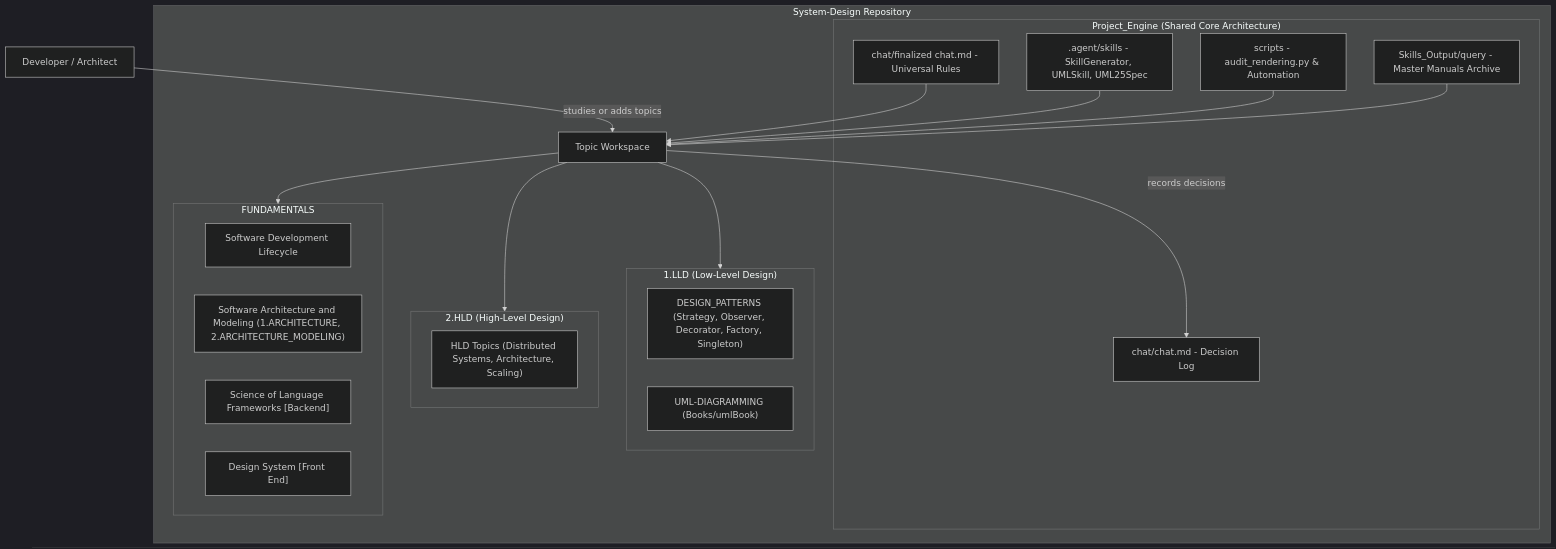
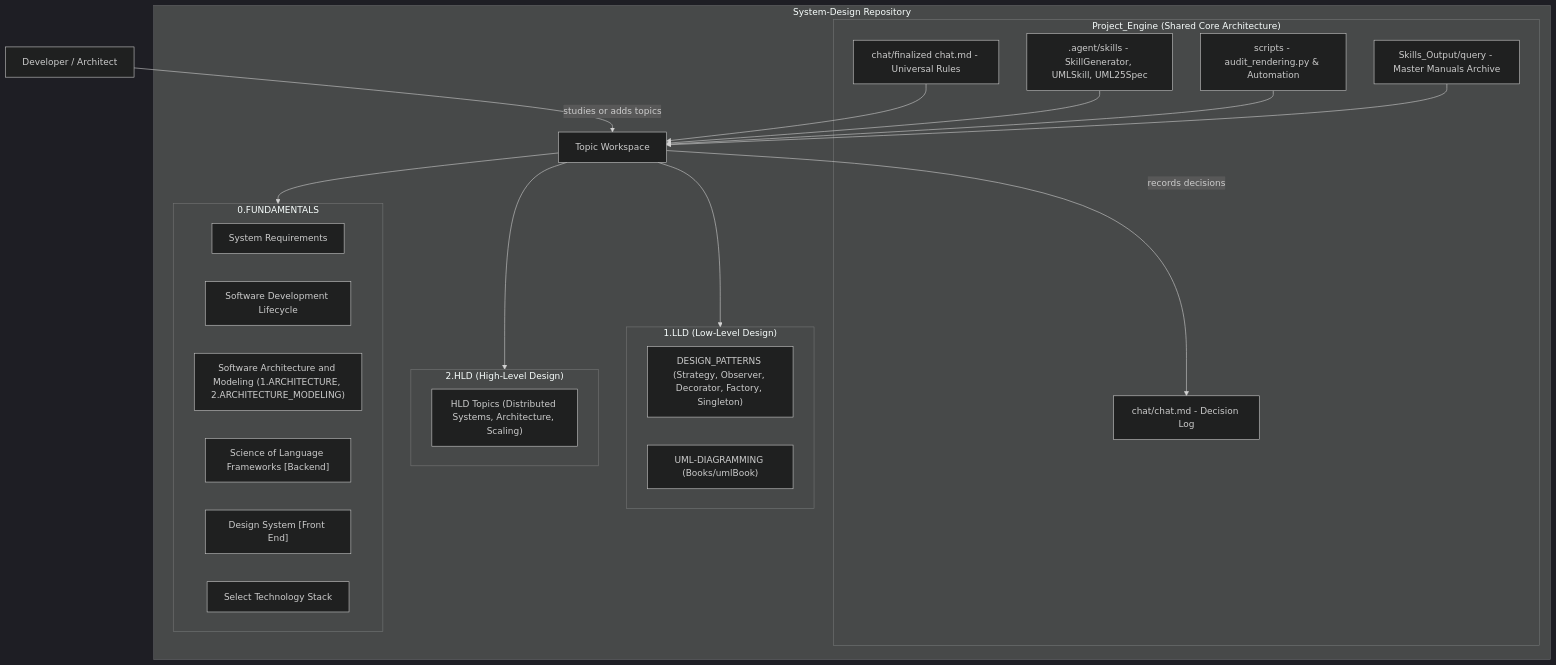
Before and after one commit to AkmKawser/System-Design: the first of 2 diagrams in README.md, drawn with Mermaid (dark theme). The commit also changed other lines of this file and 14 other files, not shown here.

Commit message:
feat: establish 0.FUNDAMENTALS with System Requirements guide and Technology Stack module

````diff
--- a/README.md
+++ b/README.md
@@ -11,35 +11,37 @@
 ```mermaid
 flowchart TD
     USER["Developer / Architect"] -->|"studies or adds topics"| TOPIC
     subgraph REPO["System-Design Repository"]
         subgraph ENGINE["Project_Engine (Shared Core Architecture)"]
             RULES["chat/finalized chat.md - Universal Rules"]
             SKILLS[".agent/skills - SkillGenerator, UMLSkill, UML25Spec"]
             TOOLS["scripts - audit_rendering.py & Automation"]
             OUT["Skills_Output/query - Master Manuals Archive"]
             LOG["chat/chat.md - Decision Log"]
         end
         subgraph LLD["1.LLD (Low-Level Design)"]
             DP["DESIGN_PATTERNS (Strategy, Observer, Decorator, Factory, Singleton)"]
             UD["UML-DIAGRAMMING (Books/umlBook)"]
         end
         subgraph HLD["2.HLD (High-Level Design)"]
             HN["HLD Topics (Distributed Systems, Architecture, Scaling)"]
         end
-        subgraph FUND["FUNDAMENTALS"]
+        subgraph FUND["0.FUNDAMENTALS"]
+            F0["System Requirements"]
             F1["Software Development Lifecycle"]
             F2["Software Architecture and Modeling (1.ARCHITECTURE, 2.ARCHITECTURE_MODELING)"]
             F3["Science of Language Frameworks [Backend]"]
             F4["Design System [Front End]"]
+            F5["Select Technology Stack"]
         end
         TOPIC["Topic Workspace"]
     end
     RULES --> TOPIC
     SKILLS --> TOPIC
     TOOLS --> TOPIC
     OUT --> TOPIC
     TOPIC --> FUND
     TOPIC --> LLD
     TOPIC --> HLD
     TOPIC -->|"records decisions"| LOG
 ```
````
